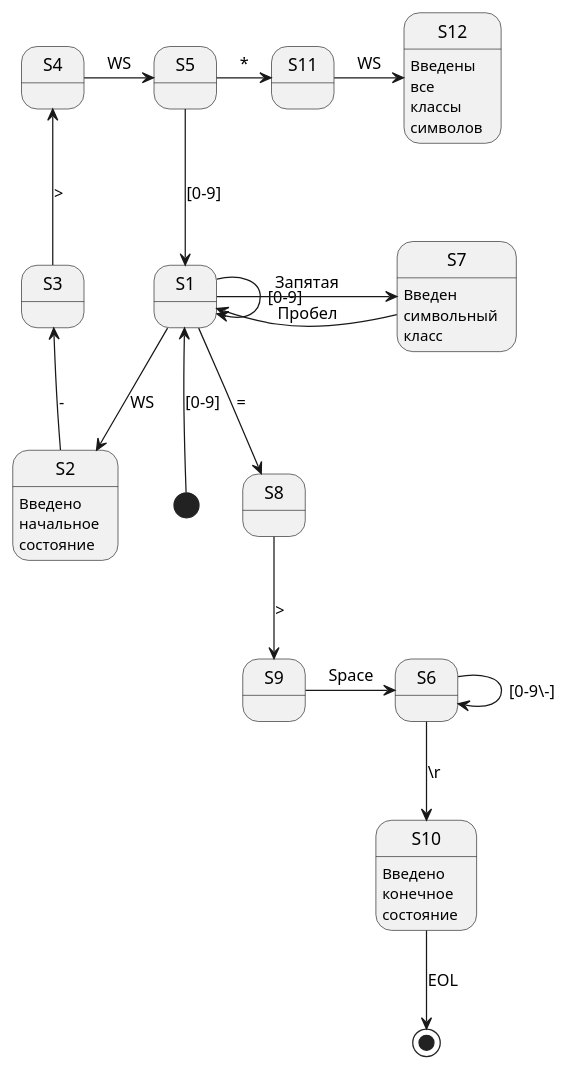
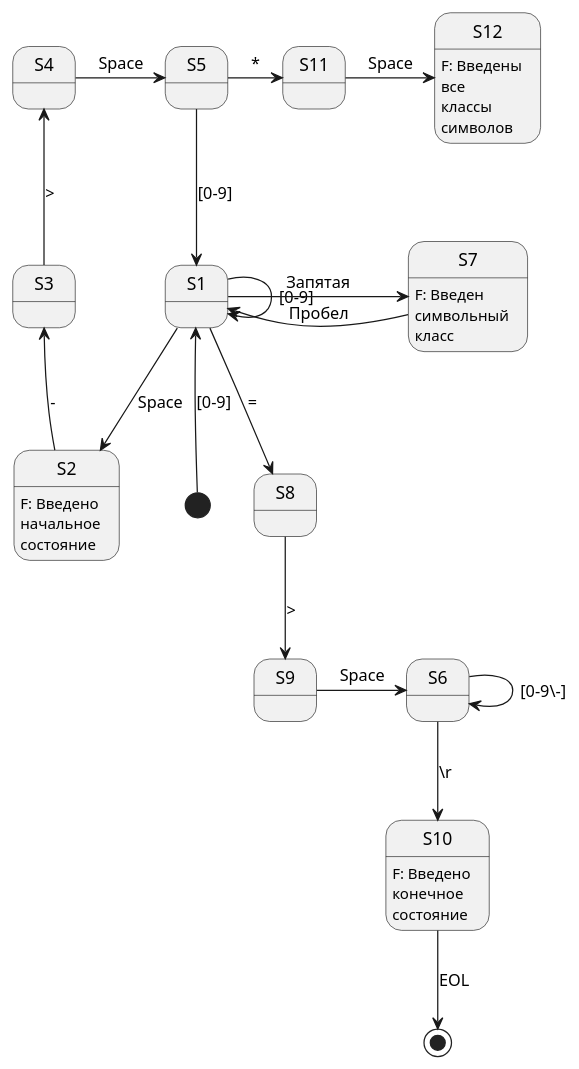
The diagram in Диаграмма состояния для ЛА/ttBuilderAutomat.puml (vladimirlll/CSharpLexicalAnalyzer), drawn with PlantUML before and after one commit. The commit also changed 16 other files, not shown here.

Commit message:
Исправление ошибки в методе анализа в построителе таблицы переходов, изменения названий перечислений, полей, свойств

```diff
--- a/Диаграмма состояния для ЛА/ttBuilderAutomat.puml
+++ b/Диаграмма состояния для ЛА/ttBuilderAutomat.puml
@@ -1,28 +1,28 @@
-@startuml "Transition table builder"
+@startuml "Построитель таблицы переходов"
 
 [*] -up-> S1 : [0-9]
 S1 --> S1 : [0-9]
-S1 --> S2 : WS
-S2 : Введено\nначальное\nсостояние
+S1 --> S2 : Space
+S2 : F: Введено\nначальное\nсостояние
 S2 -up-> S3 : -
 S3 -up-> S4 : >
-S4 -right-> S5 : WS
+S4 -right-> S5 : Space
 S5 --> S1 : [0-9]
 S5 -right-> S11 : *
-S11 -right-> S12 : WS 
-S12 : Введены\nвсе\nклассы\nсимволов
+S11 -right-> S12 : Space 
+S12 : F: Введены\nвсе\nклассы\nсимволов
 
 
 S1 -right-> S7 : Запятая
-S7 : Введен\nсимвольный\nкласс
+S7 : F: Введен\nсимвольный\nкласс
 S7 -left-> S1 : Пробел
 
 S1 --> S8 : =
 S8 --> S9 : >
 S9 -right-> S6 : Space
 S6 --> S6 : [0-9\-]
 S6 --> S10 : \\r
-S10 : Введено\nконечное\nсостояние
+S10 : F: Введено\nконечное\nсостояние
 S10 --> [*] : EOL
 
 @enduml 
```
